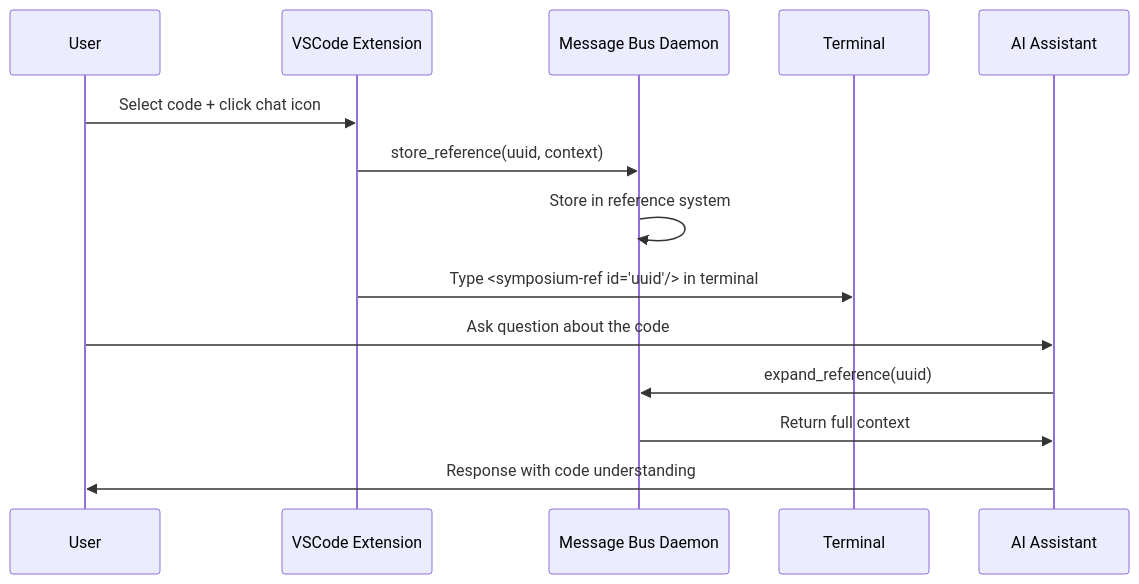
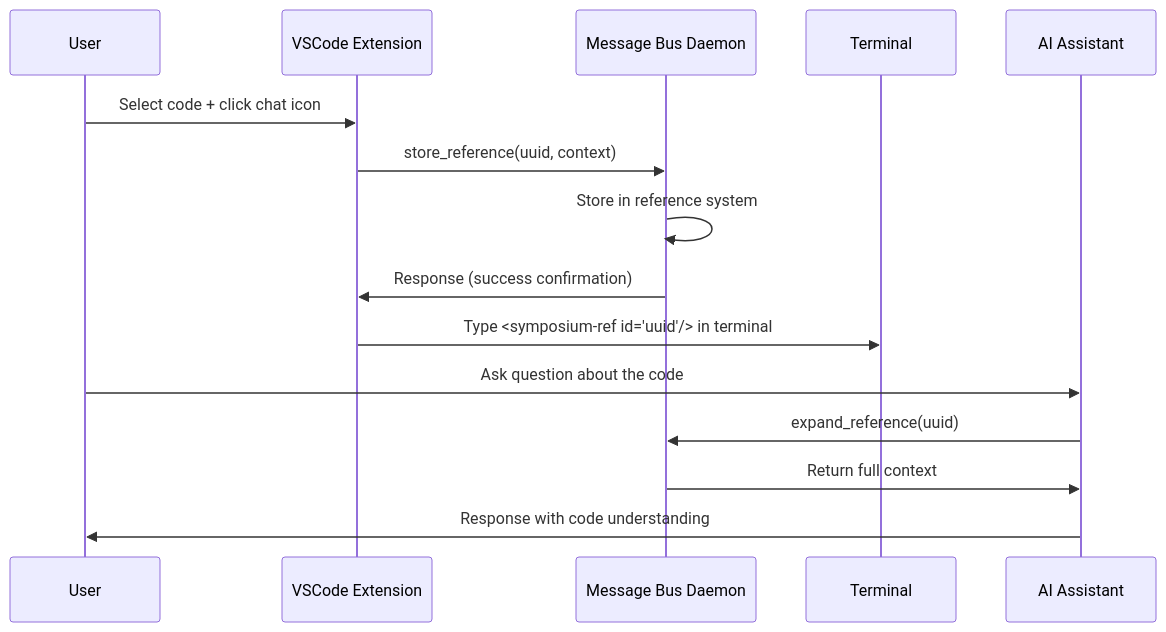
The diagram in md/design/ask-socratic-shell.md (socratic-shell/symposium), drawn with Mermaid before and after one commit.

Commit message:
Fix ask-socratic-shell sequence diagram to show response
- Add missing response from daemon to VSCode extension after store_reference
- Reflects actual implementation where extension waits for success before typing reference
- Matches the request-response pattern we implemented in the reference system

````diff
--- a/md/design/ask-socratic-shell.md
+++ b/md/design/ask-socratic-shell.md
@@ -51,17 +51,18 @@
 ```mermaid
 sequenceDiagram
     participant User as User
     participant Ext as VSCode Extension  
     participant Daemon as Message Bus Daemon
     participant Term as Terminal
     participant AI as AI Assistant
 
     User->>Ext: Select code + click chat icon
     Ext->>Daemon: store_reference(uuid, context) 
     Daemon->>Daemon: Store in reference system
+    Daemon->>Ext: Response (success confirmation)
     Ext->>Term: Type <symposium-ref id="uuid"/> in terminal
     User->>AI: Ask question about the code
     AI->>Daemon: expand_reference(uuid)
     Daemon->>AI: Return full context
     AI->>User: Response with code understanding
 ```
````
